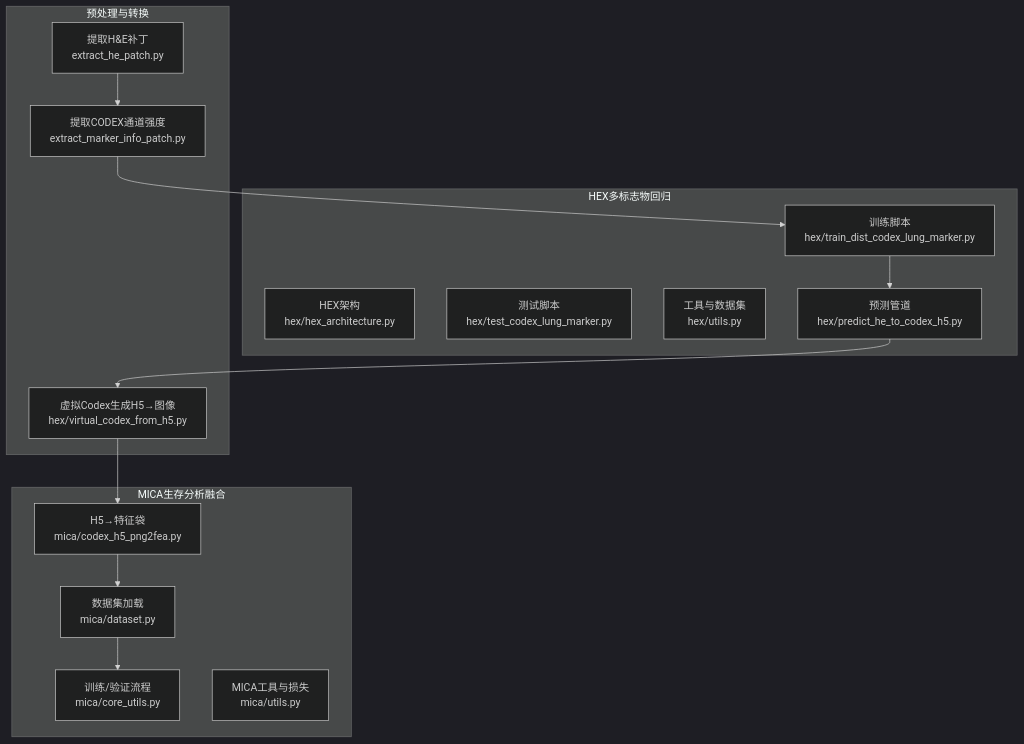
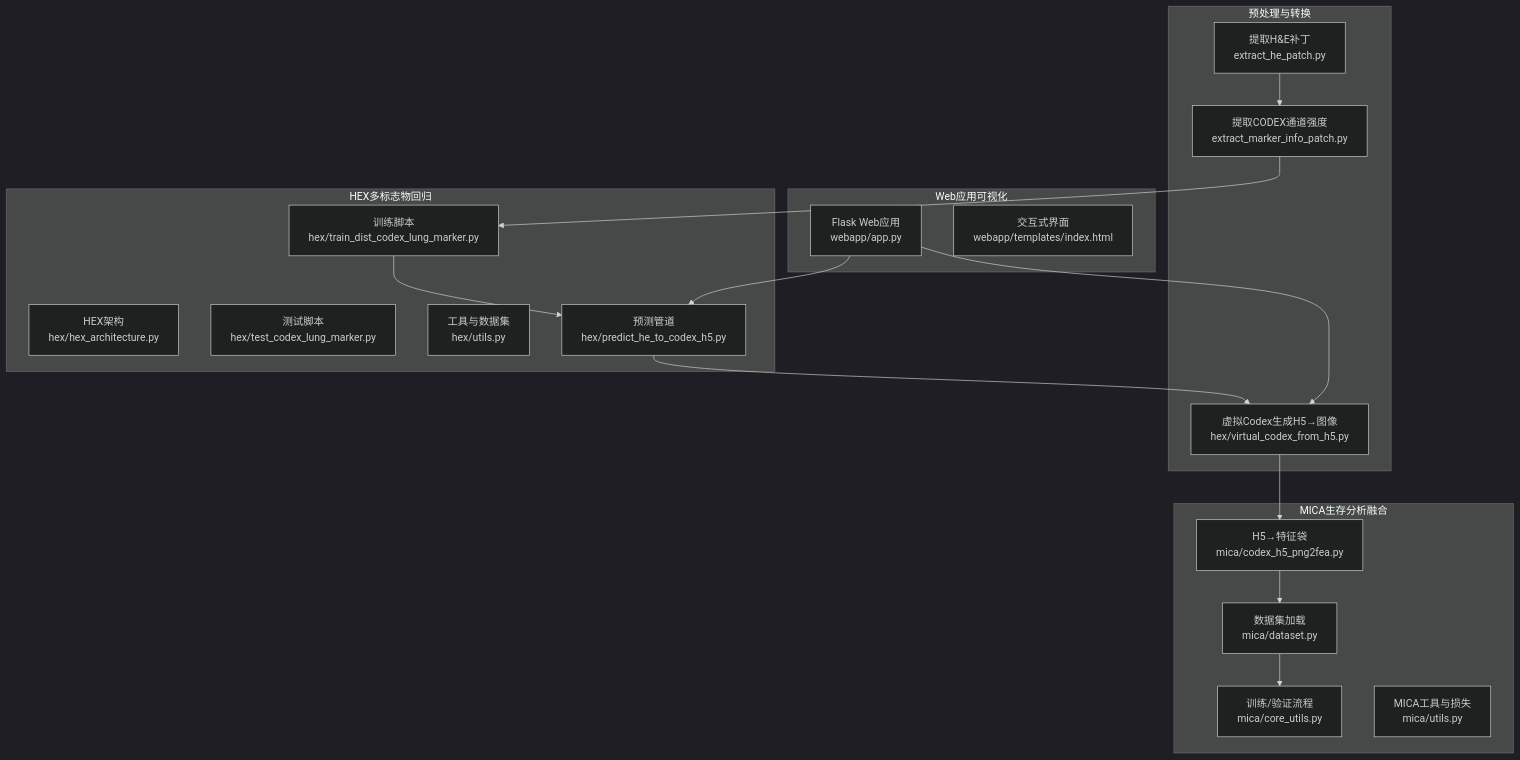
One commit to acproject/HEX changed the first of 10 diagrams in .qoder/repowiki/zh/content/虚拟Codex生成.md. Above: the diagram before and after it, drawn with Mermaid (dark theme). The commit also changed other lines of this file and 7 other files, not shown here.

````diff
--- a/.qoder/repowiki/zh/content/虚拟Codex生成.md
+++ b/.qoder/repowiki/zh/content/虚拟Codex生成.md
@@ -46,28 +49,34 @@
 ```mermaid
 graph TB
 subgraph "HEX多标志物回归"
 A["HEX架构<br/>hex/hex_architecture.py"]
 B["训练脚本<br/>hex/train_dist_codex_lung_marker.py"]
 C["测试脚本<br/>hex/test_codex_lung_marker.py"]
 D["工具与数据集<br/>hex/utils.py"]
 E["预测管道<br/>hex/predict_he_to_codex_h5.py"]
 end
 subgraph "MICA生存分析融合"
 F["H5→特征袋<br/>mica/codex_h5_png2fea.py"]
 G["数据集加载<br/>mica/dataset.py"]
 H["训练/验证流程<br/>mica/core_utils.py"]
 I["MICA工具与损失<br/>mica/utils.py"]
 end
 subgraph "预处理与转换"
 J["提取H&E补丁<br/>extract_he_patch.py"]
 K["提取CODEX通道强度<br/>extract_marker_info_patch.py"]
 L["虚拟Codex生成H5→图像<br/>hex/virtual_codex_from_h5.py"]
 end
+subgraph "Web应用可视化"
+M["Flask Web应用<br/>webapp/app.py"]
+N["交互式界面<br/>webapp/templates/index.html"]
+end
 J --> K
 K --> B
 B --> E
 E --> L
 L --> F
 F --> G
 G --> H
+M --> E
+M --> L
 ```
````
